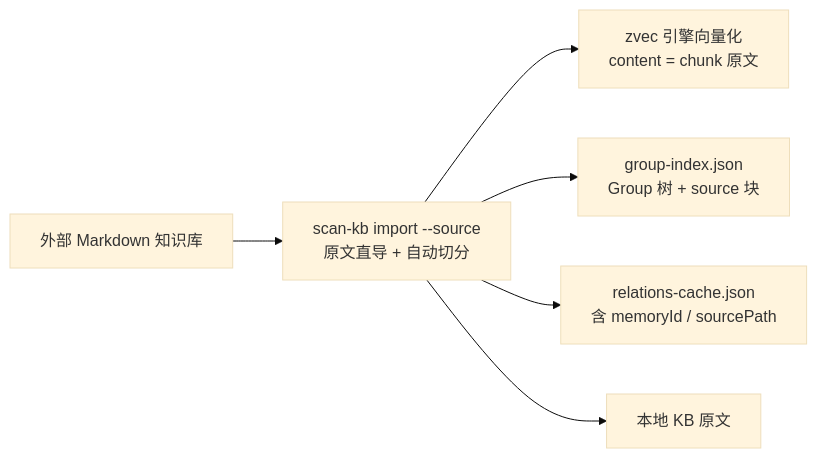
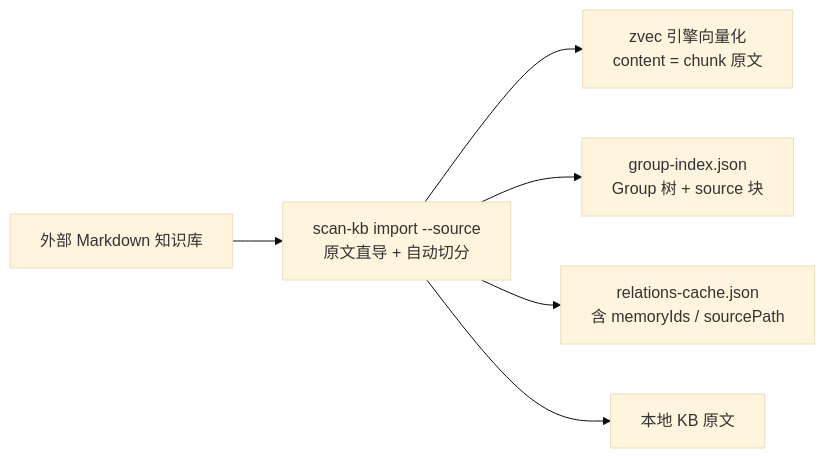
The fourth of 5 diagrams in docs/architecture.md (HACK-WU/kisearch), drawn with Mermaid (base theme) before and after one commit. The commit also changed other lines of this file and 52 other files, not shown here.

````diff
--- a/docs/architecture.md
+++ b/docs/architecture.md
@@ -132,8 +132,8 @@
 ```mermaid
 flowchart LR
     EXT[外部 Markdown 知识库] --> IMP[scan-kb import --source<br/>原文直导 + 自动切分]
     IMP --> VEC[zvec 引擎向量化<br/>content = chunk 原文]
     IMP --> GI2[group-index.json<br/>Group 树 + source 块]
-    IMP --> RC2[relations-cache.json<br/>含 memoryId / sourcePath]
+    IMP --> RC2[relations-cache.json<br/>含 memoryIds / sourcePath]
     IMP --> KB2[本地 KB 原文]
 ```
````
